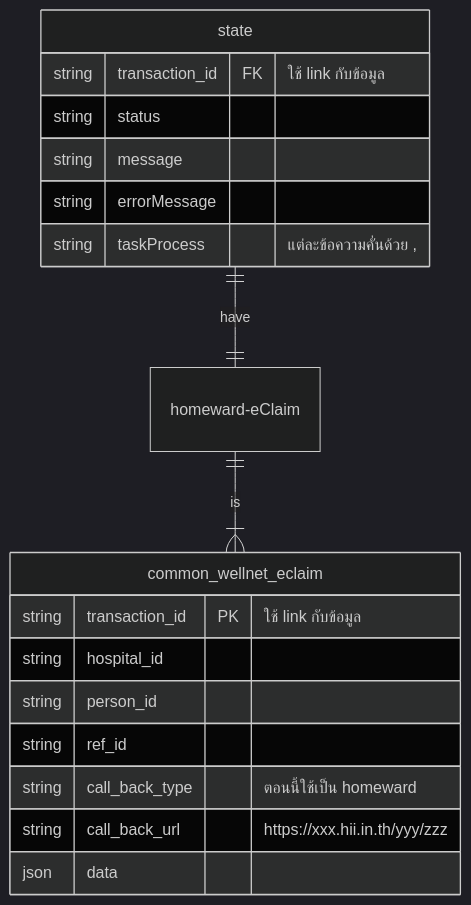
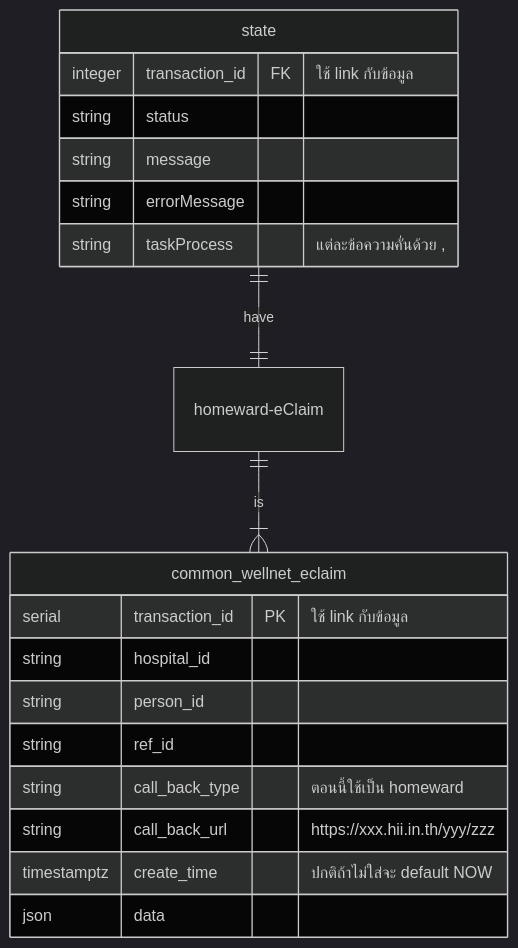
The third of 9 diagrams in README.MD (hii-in-th/16file_eclaim_design), drawn with Mermaid (dark theme) before and after one commit. The commit also changed other lines of this file, not shown here.

Commit message:
update design

````diff
--- a/README.MD
+++ b/README.MD
@@ -58,23 +58,22 @@
 ```mermaid
 erDiagram
     homeward-eClaim ||--|{ common_wellnet_eclaim : "is"
     state ||--|| homeward-eClaim : "have"
     common_wellnet_eclaim {
-        string transaction_id PK "ใช้ link กับข้อมูล"
+        serial transaction_id PK "ใช้ link กับข้อมูล"
         string hospital_id
         string person_id
         string ref_id
         string call_back_type "ตอนนี้ใช้เป็น homeward"
         string call_back_url "https://xxx.hii.in.th/yyy/zzz"
+        timestamptz  create_time "ปกติถ้าไม่ใส่จะ default NOW"
         json data
     }
     state {
-        string transaction_id FK "ใช้ link กับข้อมูล"
+        integer transaction_id FK "ใช้ link กับข้อมูล"
         string status
         string message
         string errorMessage
         string taskProcess "แต่ละข้อความคั่นด้วย ,"
     }
-
-
-```
+```  
````
